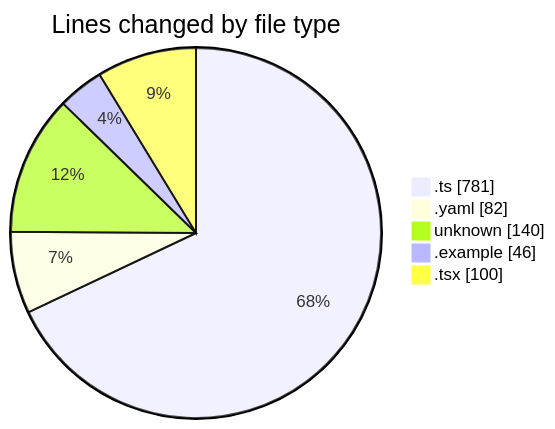
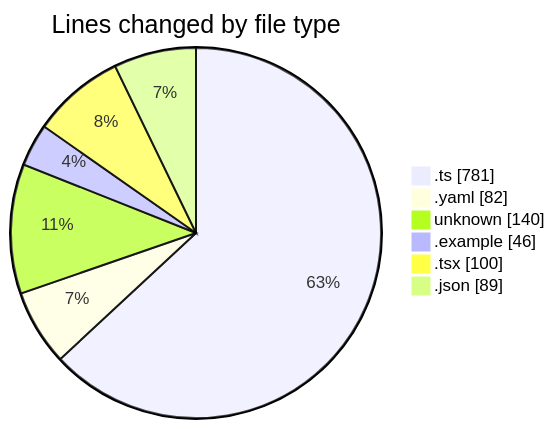
Before and after one commit to mevix1/code-tracking: the first of 2 diagrams in 2025-10-01/open-health/README.md, drawn with Mermaid. The commit also changed other lines of this file and 1 other file, not shown here.

````diff
--- a/2025-10-01/open-health/README.md
+++ b/2025-10-01/open-health/README.md
@@ -29,9 +30,10 @@
 ```mermaid
 pie showData
 title Lines changed by file type
 ".ts" : 781
 ".yaml" : 82
 "unknown" : 140
 ".example" : 46
 ".tsx" : 100
+".json" : 89
 ```
````
